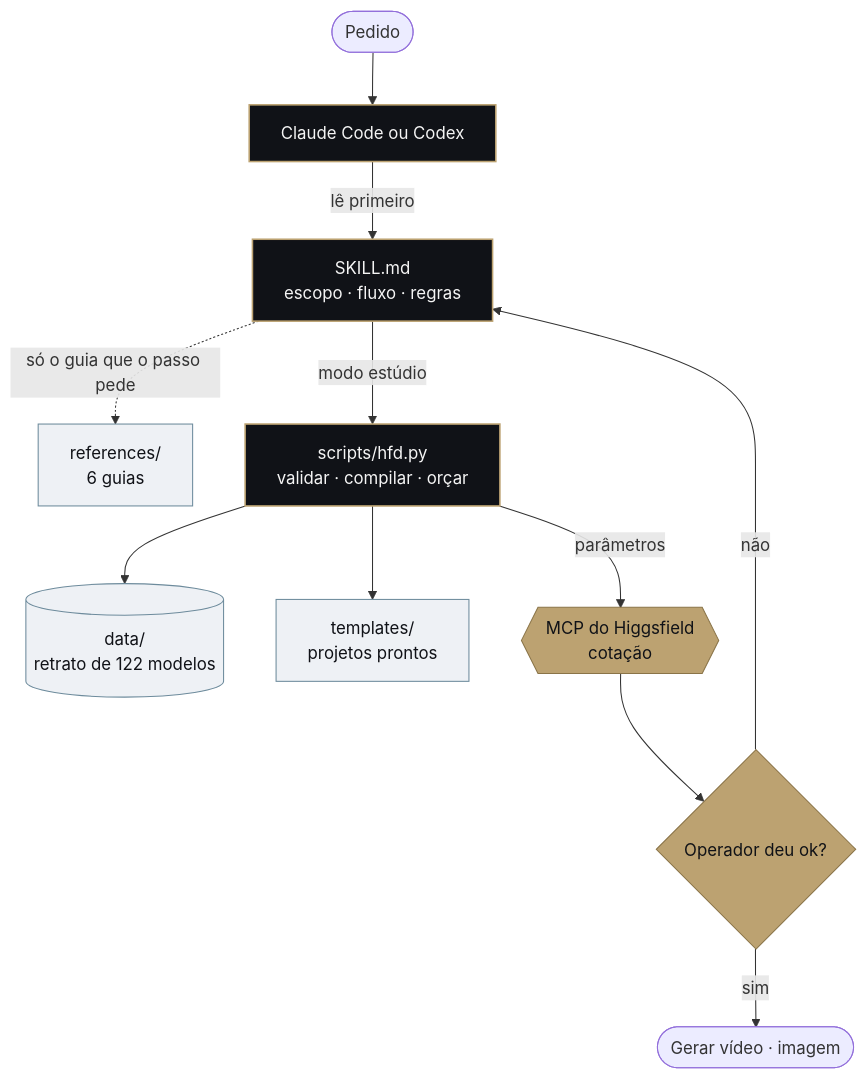
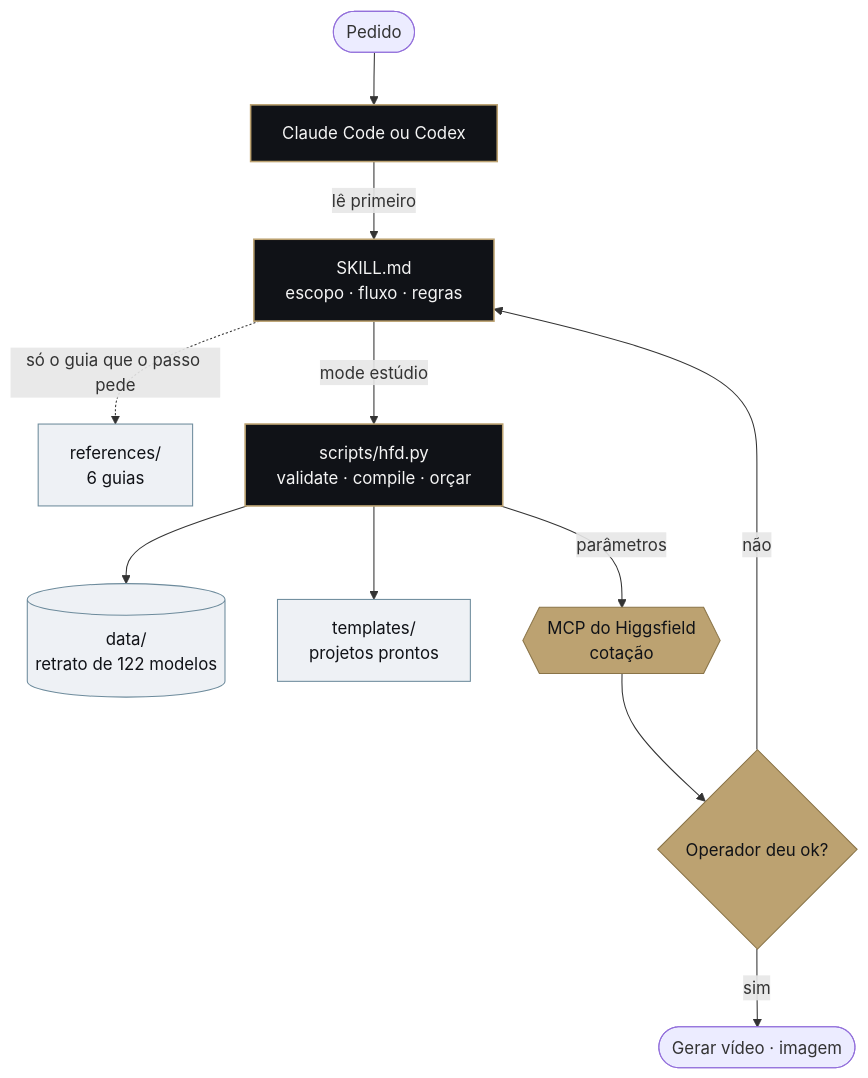
The first of 2 diagrams in README.pt-BR.md (rniedson/higgsfield-director-pro-skill), drawn with Mermaid before and after one commit. The commit also changed other lines of this file and 64 other files, not shown here.

````diff
--- a/README.pt-BR.md
+++ b/README.pt-BR.md
@@ -108,19 +108,19 @@
 ```mermaid
 flowchart TD
     U([Pedido]) --> A[Claude Code ou Codex]
     A -->|lê primeiro| S[SKILL.md<br/>escopo · fluxo · regras]
     S -.->|só o guia que o passo pede| R[references/<br/>6 guias]
-    S -->|modo estúdio| H[scripts/hfd.py<br/>validar · compilar · orçar]
+    S -->|mode estúdio| H[scripts/hfd.py<br/>validate · compile · orçar]
     H --> D[(data/<br/>retrato de 122 modelos)]
     H --> T[templates/<br/>projetos prontos]
     H -->|parâmetros| M{{MCP do Higgsfield<br/>cotação}}
     M --> O{Operador deu ok?}
     O -->|sim| G([Gerar vídeo · imagem])
     O -->|não| S
     classDef core fill:#101217,stroke:#bca271,color:#f5f5f5,stroke-width:1.5px
     classDef gold fill:#bca271,stroke:#8a7448,color:#101217
     classDef soft fill:#eef1f5,stroke:#6d8b9c,color:#101217
     class A,S,H core
     class M,O gold
     class R,D,T soft
 ```
````
